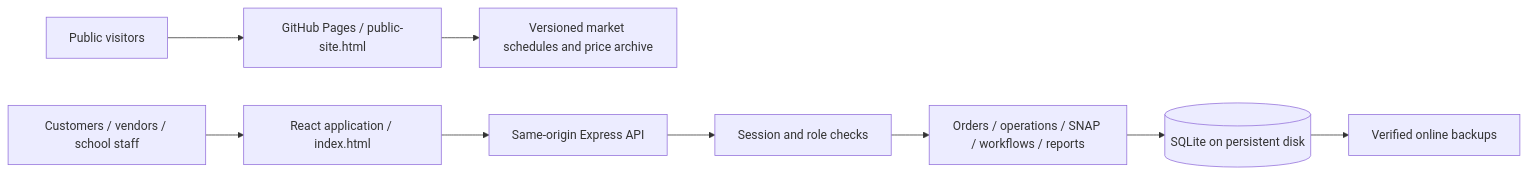
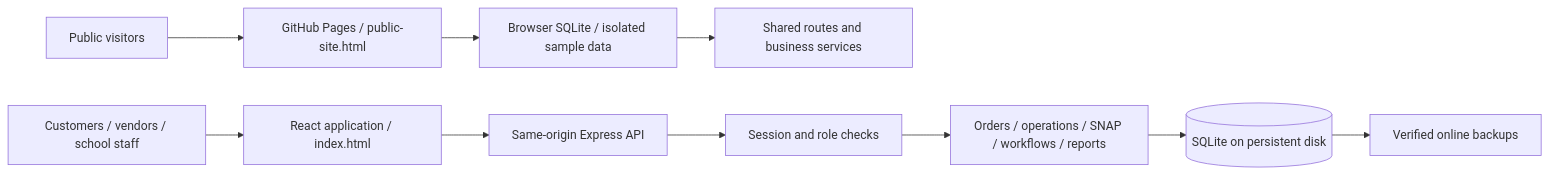
Before and after one commit to LucasYanzy/qinghe-market-guide: the diagram in docs/architecture.md, drawn with Mermaid. The commit also changed other lines of this file and 29 other files, not shown here.

Commit message:
Enable complete no-login interactive demo with shared browser SQLite services

````diff
--- a/docs/architecture.md
+++ b/docs/architecture.md
@@ -5,11 +5,12 @@
 ```mermaid
 flowchart LR
   Visitor[Public visitors] --> Pages[GitHub Pages / public-site.html]
-  Pages --> Guide[Versioned market schedules and price archive]
+  Pages --> Browser[Browser SQLite / isolated sample data]
+  Browser --> Shared[Shared routes and business services]
   Customer[Customers / vendors / school staff] --> App[React application / index.html]
   App --> HTTP[Same-origin Express API]
   HTTP --> Auth[Session and role checks]
   Auth --> Services[Orders / operations / SNAP / workflows / reports]
   Services --> DB[(SQLite on persistent disk)]
   DB --> Backup[Verified online backups]
 ```
````
